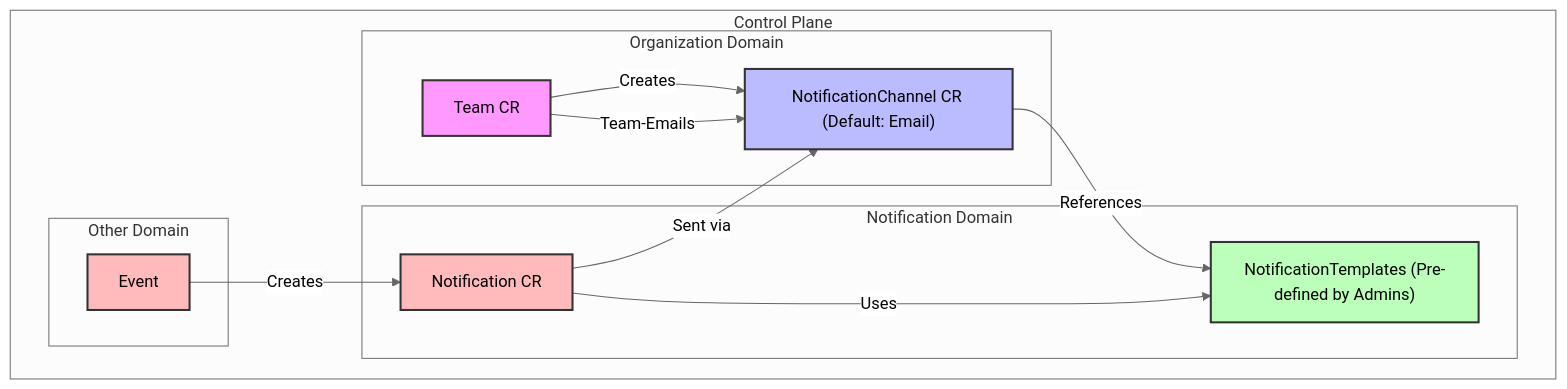
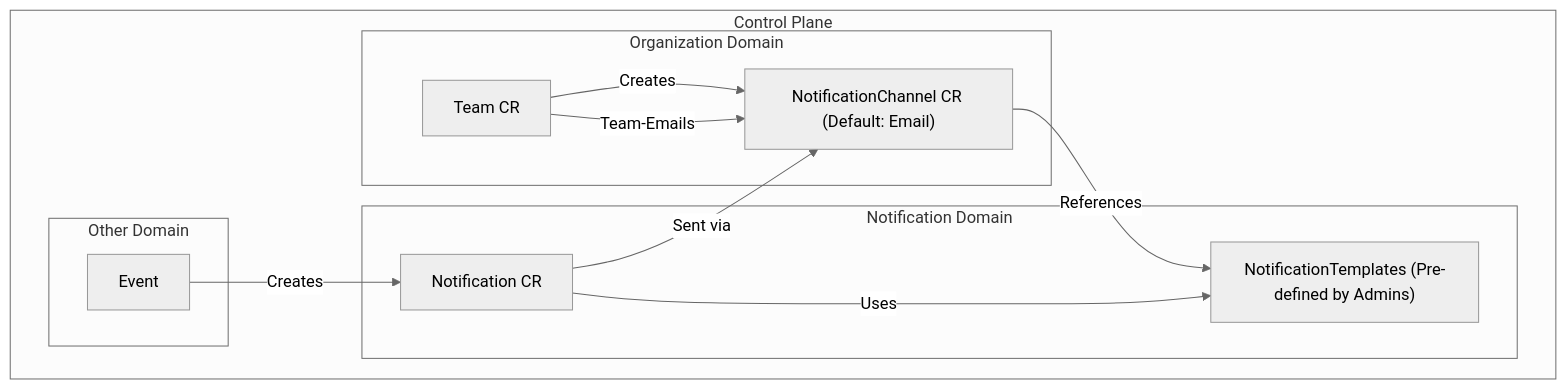
One commit to telekom/controlplane changed the second of 2 diagrams in notification/README.md. Above: the diagram before and after it, drawn with Mermaid (neutral theme). The commit also changed 15 other files, not shown here.

````diff
--- a/notification/README.md
+++ b/notification/README.md
@@ -86,35 +86,26 @@
 ```mermaid
 flowchart TD
     subgraph ControlPlane["Control Plane"]
         subgraph OrganizationDomain["Organization Domain"]
             Team["Team CR"]
             Team -- "Creates" --> Channel
         end
 
         subgraph NotificationDomain["Notification Domain"]
             Channel["NotificationChannel CR (Default: Email)"]
             Templates["NotificationTemplates (Pre-defined by Admins)"]
             Notification["Notification CR"]
         end
 
         subgraph OtherDomain["Other Domain"]
             Event["Event"]
         end
     end
 
     Team -- "Team-Emails" --> Channel
     Channel -- "References" --> Templates
     Notification -- "Uses" --> Templates
     Notification -- "Sent via" --> Channel
     Event -- "Creates" --> Notification
 
-    classDef team fill:#f9f,stroke:#333,stroke-width:2px
-    classDef channel fill:#bbf,stroke:#333,stroke-width:2px
-    classDef template fill:#bfb,stroke:#333,stroke-width:2px
-    classDef notification fill:#fbb,stroke:#333,stroke-width:2px
-
-    class Team team
-    class Channel channel
-    class Templates template
-    class Notification,Event notification
 ```
````
